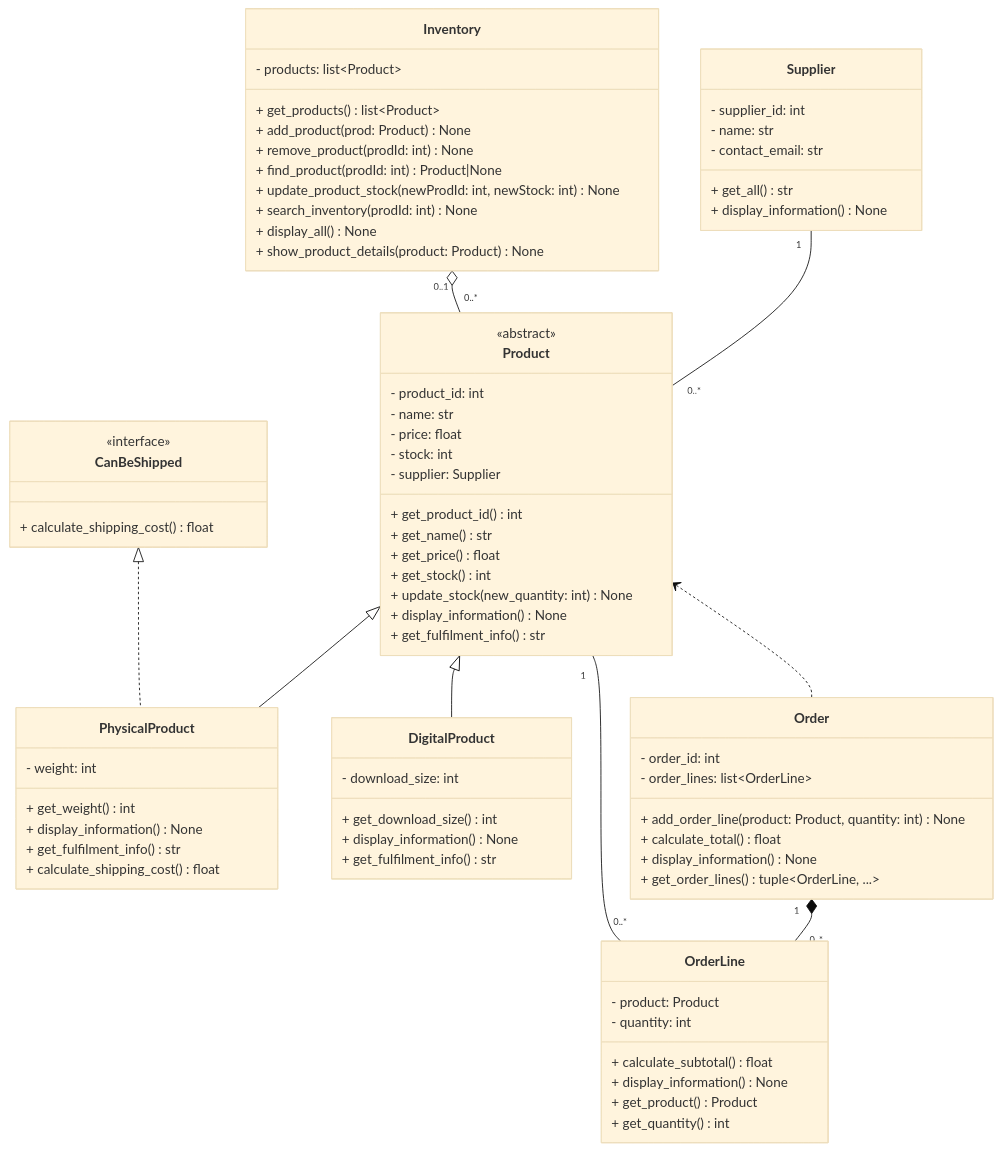
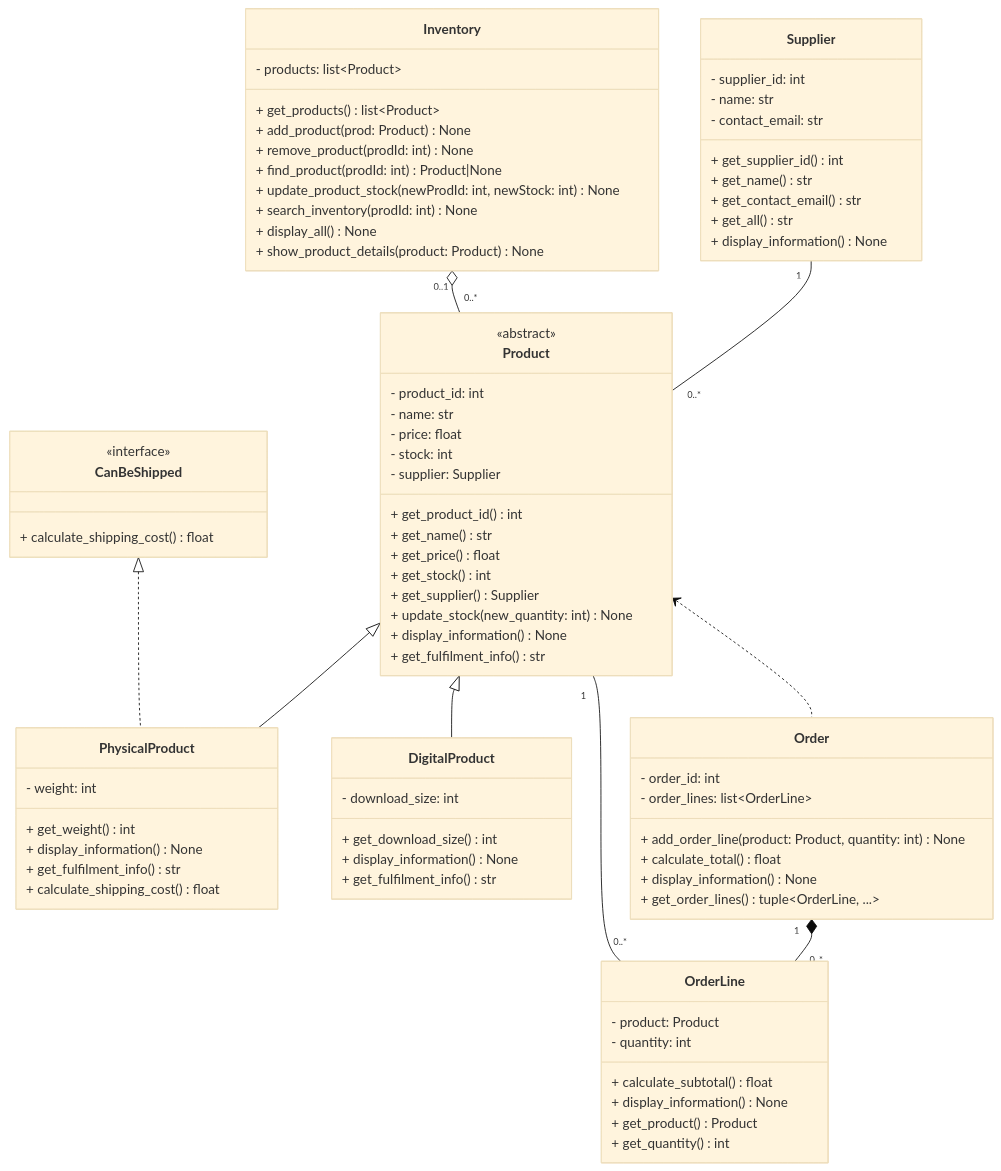
One commit to no-life-tech-nerd/INF1103-Lab8 changed the diagram in UML.mermaid. Above: the diagram before and after it, drawn with Mermaid (base theme). The commit also changed 3 other files, not shown here.

```diff
--- a/UML.mermaid
+++ b/UML.mermaid
@@ -1,84 +1,88 @@
 classDiagram
     class Product {
         <<abstract>>
         - product_id: int
         - name: str
         - price: float
         - stock: int
         - supplier: Supplier
         + get_product_id() int
         + get_name() str
         + get_price() float
         + get_stock() int
+        + get_supplier() Supplier
         + update_stock(new_quantity: int) None
         + display_information() None
         + get_fulfilment_info() str
     }
 
     class PhysicalProduct {
         - weight: int
         + get_weight() int
         + display_information() None
         + get_fulfilment_info() str
         + calculate_shipping_cost() float
     }
 
     class DigitalProduct {
         - download_size: int
         + get_download_size() int
         + display_information() None
         + get_fulfilment_info() str
     }
 
     class CanBeShipped {
         <<interface>>
         + calculate_shipping_cost() float
     }
 
     class Supplier {
         - supplier_id: int
         - name: str
         - contact_email: str
+        + get_supplier_id() int
+        + get_name() str
+        + get_contact_email() str
         + get_all() str
         + display_information() None
     }
 
     class Inventory {
         - products: list~Product~
         + get_products() list~Product~
         + add_product(prod: Product) None
         + remove_product(prodId: int) None
         + find_product(prodId: int) Product|None
         + update_product_stock(newProdId: int, newStock: int) None
         + search_inventory(prodId: int) None
         + display_all() None
         + show_product_details(product: Product) None
     }
 
     class Order {
         - order_id: int
         - order_lines: list~OrderLine~
         + add_order_line(product: Product, quantity: int) None
         + calculate_total() float
         + display_information() None
         + get_order_lines() tuple~OrderLine, ...~
     }
 
     class OrderLine {
         - product: Product
         - quantity: int
         + calculate_subtotal() float
         + display_information() None
         + get_product() Product
         + get_quantity() int
     }
 
     Product <|-- PhysicalProduct
     Product <|-- DigitalProduct
     CanBeShipped <|.. PhysicalProduct
 
     Supplier "1" -- "0..*" Product
     Inventory "0..1" o-- "0..*" Product
     Order "1" *-- "0..*" OrderLine
     OrderLine "0..*" -- "1" Product
     Product <.. Order
```
